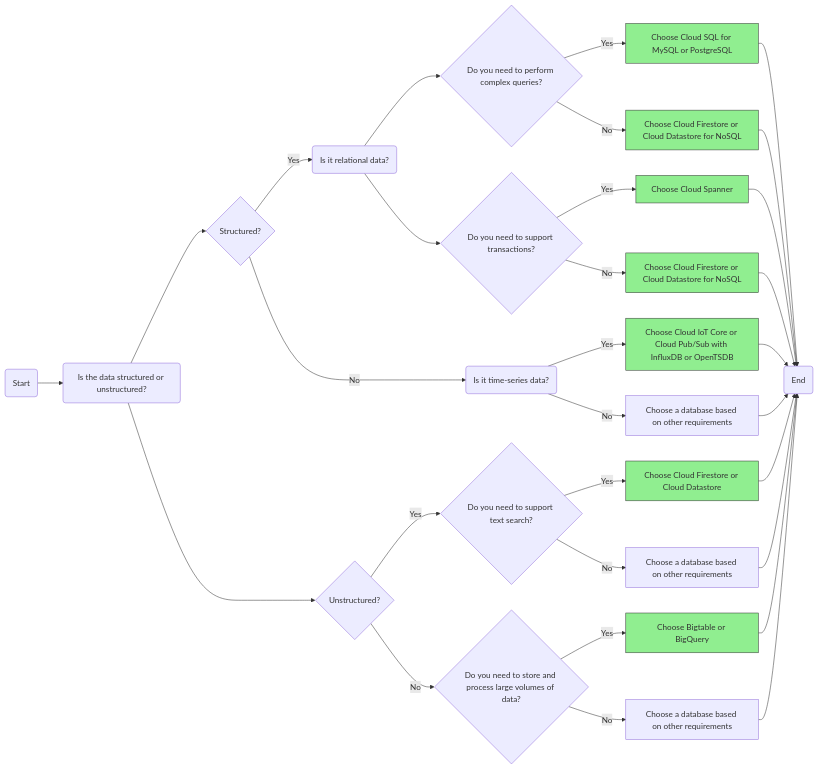
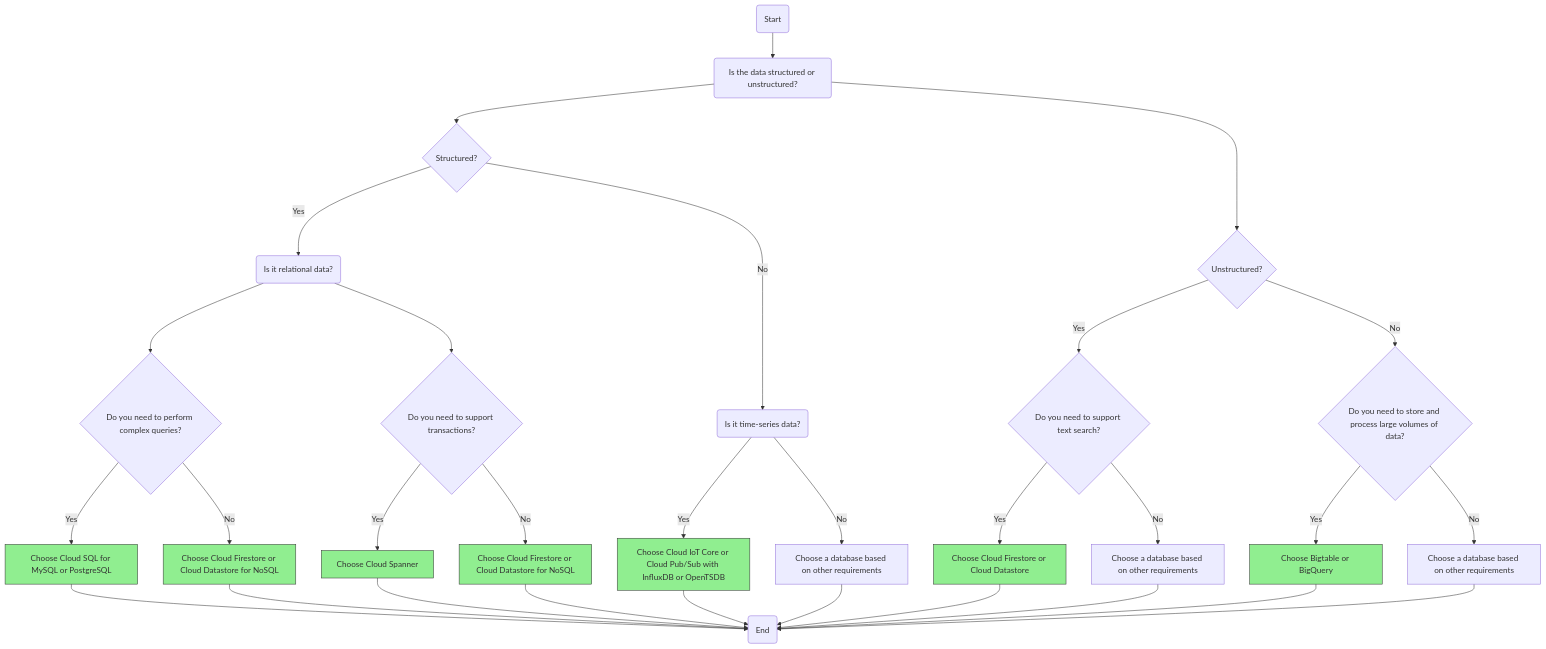
The first of 2 diagrams in test.md (anuragsingh1987/staging), drawn with Mermaid before and after one commit.

````diff
--- a/test.md
+++ b/test.md
@@ -1,41 +1,41 @@
 ```mermaid
-graph LR
+graph TD
     A(Start) --> B(Is the data structured or unstructured?)
     B --> C{Structured?}
     C --> |Yes| D(Is it relational data?)
     D --> E{Do you need to perform complex queries?}
     E --> |Yes| F[Choose Cloud SQL for MySQL or PostgreSQL]
     E --> |No| G[Choose Cloud Firestore or Cloud Datastore for NoSQL]
     D --> H{Do you need to support transactions?}
     H --> |Yes| I[Choose Cloud Spanner]
     H --> |No| J[Choose Cloud Firestore or Cloud Datastore for NoSQL]
     C --> |No| K(Is it time-series data?)
     K --> |Yes| L[Choose Cloud IoT Core or Cloud Pub/Sub with InfluxDB or OpenTSDB]
     K --> |No| M[Choose a database based on other requirements]
     B --> N{Unstructured?}
     N --> |Yes| O{Do you need to support text search?}
     O --> |Yes| P[Choose Cloud Firestore or Cloud Datastore]
     O --> |No| Q[Choose a database based on other requirements]
     N --> |No| R{Do you need to store and process large volumes of data?}
     R --> |Yes| S[Choose Bigtable or BigQuery]
     R --> |No| T[Choose a database based on other requirements]
     T --> Z(End)
     Q --> Z(End)
     S --> Z(End)
     F --> Z(End)
     G --> Z(End)
     I --> Z(End)
     J --> Z(End)
     L --> Z(End)
     P --> Z(End)
     M --> Z(End)
 
     style F fill:lightgreen,stroke:#333,stroke-width:1px;
     style G fill:lightgreen,stroke:#333,stroke-width:1px;
     style I fill:lightgreen,stroke:#333,stroke-width:1px;
     style J fill:lightgreen,stroke:#333,stroke-width:1px;
     style L fill:lightgreen,stroke:#333,stroke-width:1px;
     style P fill:lightgreen,stroke:#333,stroke-width:1px;
     style S fill:lightgreen,stroke:#333,stroke-width:1px;
 
 ```
````
